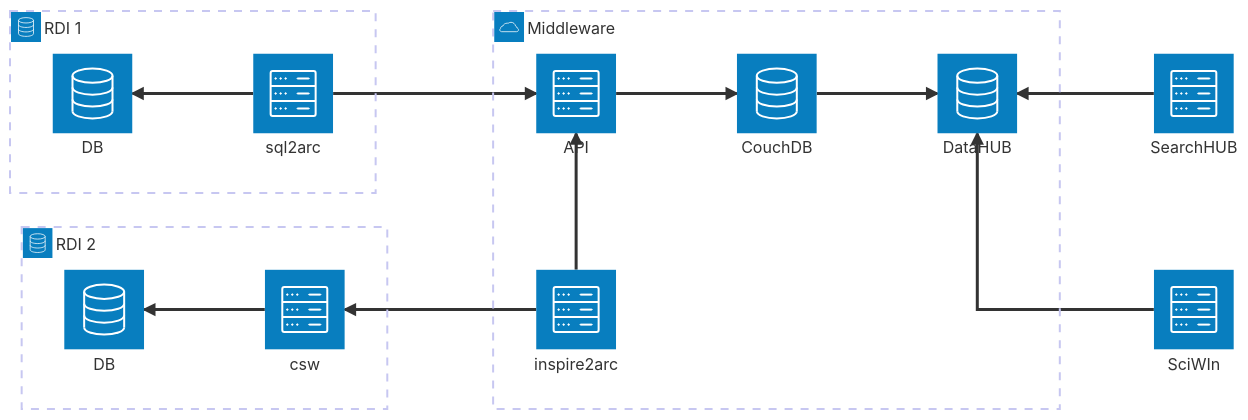
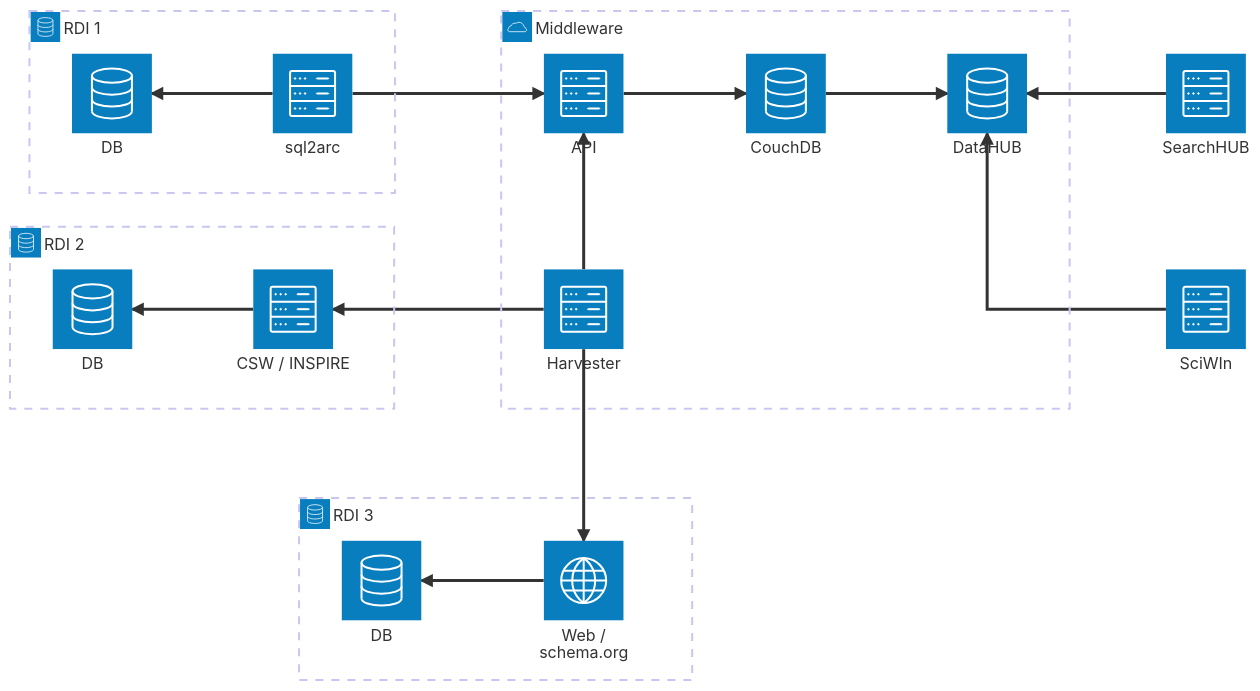
The diagram in docs/architecture.md (fairagro/m4.2_advanced_middleware_api), drawn with Mermaid before and after one commit.

Commit message:
feat: Update architecture documentation to clarify service roles and relationships

````diff
--- a/docs/architecture.md
+++ b/docs/architecture.md
@@ -3,30 +3,36 @@
 ```mermaid
 architecture-beta
 
     group rdi1(database)[RDI 1]
     service rdi1db(database)[DB] in rdi1
     service sql2arc(server)[sql2arc] in rdi1
 
     group rdi2(database)[RDI 2]
     service rdi2db(database)[DB] in rdi2
-    service csw(server)[csw] in rdi2
+    service csw(server)["CSW / INSPIRE"] in rdi2
+
+    group rdi3(database)[RDI 3]
+    service rdi3db(database)[DB] in rdi3
+    service web(internet)["Web / schema.org"] in rdi3
 
     group middleware(cloud)[Middleware]
     service api(server)[API] in middleware
     service db(database)[CouchDB] in middleware
     service git(database)[DataHUB] in middleware
-    service inspire2arc(server)[inspire2arc] in middleware
+    service harvester(server)[Harvester] in middleware
 
     service searchhub(server)[SearchHUB]
     service sciwin(server)[SciWIn]
 
     api:R --> L:db
     db:R --> L:git
     sql2arc:L --> R:rdi1db
     sql2arc:R --> L:api
     csw:L --> R:rdi2db
-    inspire2arc:T --> B:api
-    inspire2arc:L --> R:csw
+    web:L --> R:rdi3db
+    harvester:T --> B:api
+    harvester:L --> R:csw
+    harvester:B --> T:web
     searchhub:L --> R:git
     sciwin:L --> B:git
 ```
````
